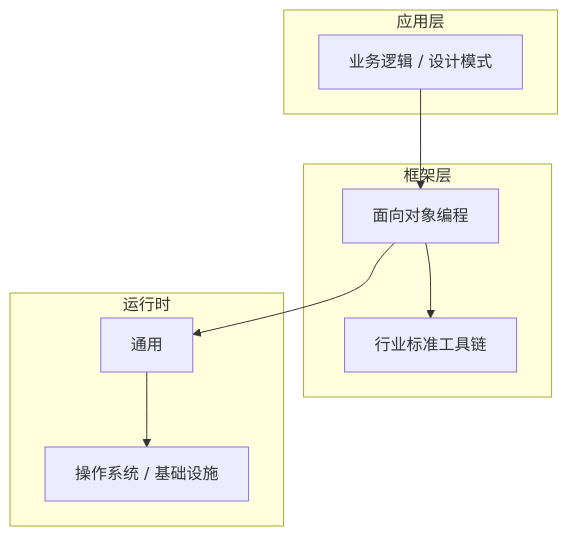
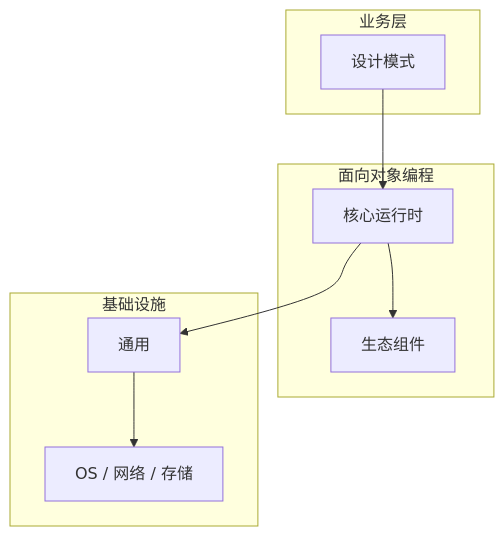
Before and after one commit to yanggan2015/knowledge-json-v2: the diagram in articles/面向对象编程/chapters/046-设计模式核心概念与原理.md, drawn with Mermaid. The commit also changed other lines of this file and 10127 other files, not shown here.

````diff
--- a/articles/面向对象编程/chapters/046-设计模式核心概念与原理.md
+++ b/articles/面向对象编程/chapters/046-设计模式核心概念与原理.md
@@ -45,18 +34,18 @@
 ```mermaid
 graph TB
-    subgraph 应用层
-        A[业务逻辑 / 设计模式]
+    subgraph 业务层
+        A[设计模式]
     end
-    subgraph 框架层
-        B[面向对象编程]
-        C[行业标准工具链]
+    subgraph 面向对象编程
+        B[核心运行时]
+        C[生态组件]
     end
-    subgraph 运行时
+    subgraph 基础设施
         D[通用]
-        E[操作系统 / 基础设施]
+        E[OS / 网络 / 存储]
     end
     A --> B
     B --> C
     B --> D
     D --> E
 ```
````
